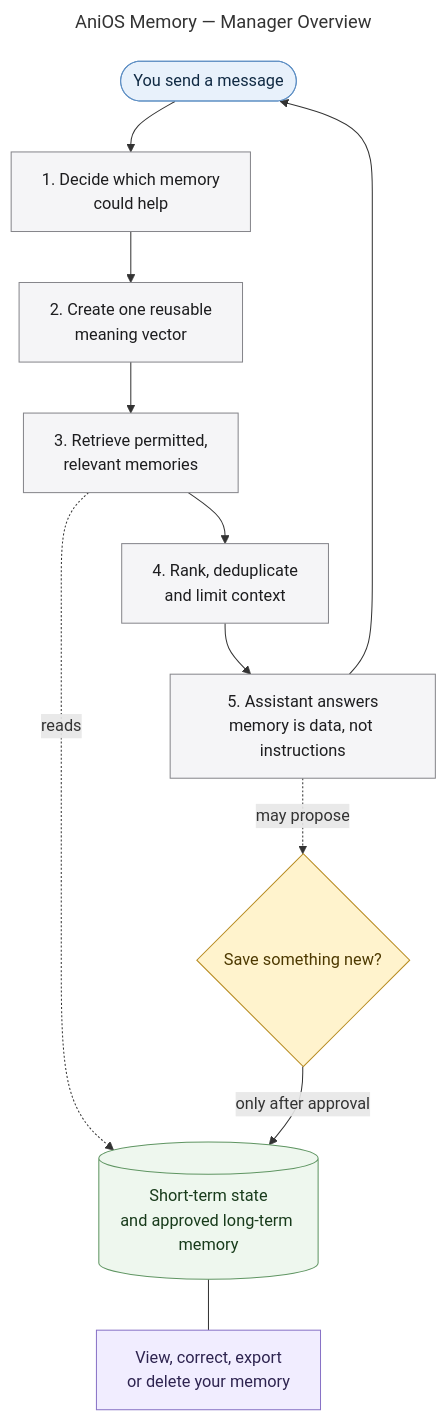
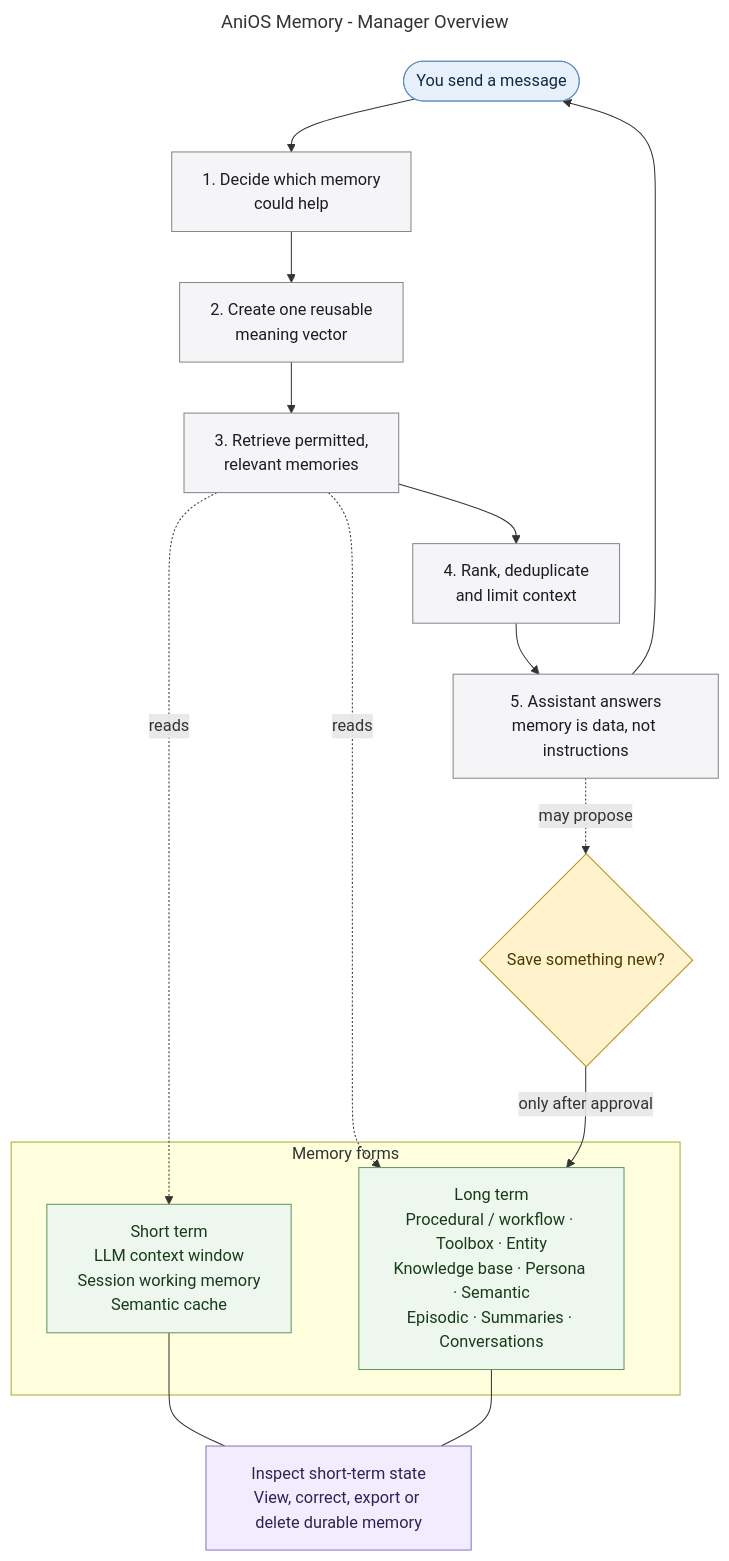
The diagram in docs/diagrams/memory-overview.mmd (MallyaAni/PersonalAssistant), drawn with Mermaid before and after one commit. The commit also changed 6 other files, not shown here.

Commit message:
docs: restore memory taxonomy in diagrams

```diff
--- a/docs/diagrams/memory-overview.mmd
+++ b/docs/diagrams/memory-overview.mmd
@@ -1,31 +1,36 @@
 ---
-title: AniOS Memory — Manager Overview
+title: AniOS Memory - Manager Overview
 ---
 flowchart TB
     User([You send a message])
     User --> Route[1. Decide which memory<br/>could help]
     Route --> Understand[2. Create one reusable<br/>meaning vector]
     Understand --> Retrieve[3. Retrieve permitted,<br/>relevant memories]
     Retrieve --> Curate[4. Rank, deduplicate<br/>and limit context]
     Curate --> Answer[5. Assistant answers<br/>memory is data, not instructions]
     Answer --> User
 
-    Stores[(Short-term state<br/>and approved long-term memory)]
-    Retrieve -. reads .-> Stores
+    subgraph Forms[Memory forms]
+        Short[Short term<br/>LLM context window<br/>Session working memory<br/>Semantic cache]
+        Long[Long term<br/>Procedural / workflow · Toolbox · Entity<br/>Knowledge base · Persona · Semantic<br/>Episodic · Summaries · Conversations]
+    end
+    Retrieve -. reads .-> Short
+    Retrieve -. reads .-> Long
 
     Answer -. may propose .-> Consent{Save something new?}
-    Consent -->|only after approval| Stores
+    Consent -->|only after approval| Long
 
-    Control[View, correct, export<br/>or delete your memory]
-    Stores --- Control
+    Control[Inspect short-term state<br/>View, correct, export or delete durable memory]
+    Short --- Control
+    Long --- Control
 
     classDef person fill:#e8f1fb,stroke:#5e8fc4,color:#102a43;
     classDef step fill:#f5f5f7,stroke:#86868b,color:#1d1d1f;
     classDef gate fill:#fff3cd,stroke:#b78b20,color:#4d3900;
     classDef store fill:#eef7ee,stroke:#5f9562,color:#183b1b;
     classDef note fill:#f1edff,stroke:#8872c6,color:#2e2450;
     class User person;
     class Route,Understand,Retrieve,Curate,Answer step;
     class Consent gate;
-    class Stores store;
+    class Short,Long store;
     class Control note;
```
